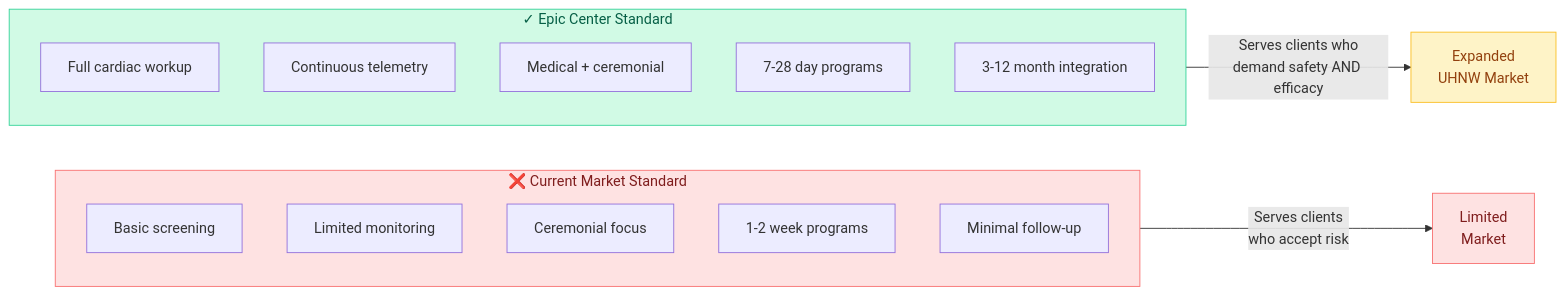
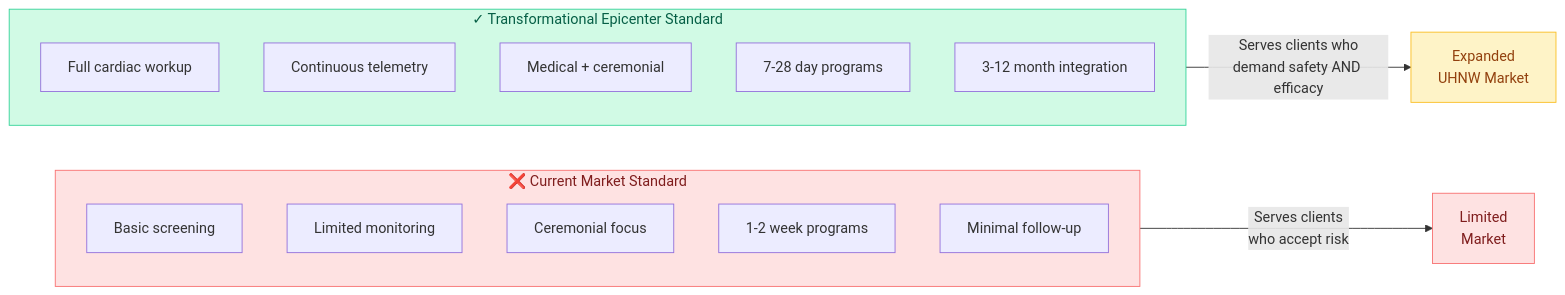
The tenth of 18 diagrams in docs/strategy/MARKET_STRATEGY_PLAN.md (Light-Brands/epic-center), drawn with Mermaid before and after one commit. The commit also changed other lines of this file and 1 other file, not shown here.

First line of the commit message:
refactor: Rename Epic Center to Transformational Epicenter

````diff
--- a/docs/strategy/MARKET_STRATEGY_PLAN.md
+++ b/docs/strategy/MARKET_STRATEGY_PLAN.md
@@ -344,28 +344,28 @@
 ```mermaid
 flowchart LR
     subgraph CURRENT["❌ Current Market Standard"]
         direction TB
         C1["Basic screening"]
         C2["Limited monitoring"]
         C3["Ceremonial focus"]
         C4["1-2 week programs"]
         C5["Minimal follow-up"]
     end
 
-    subgraph NEW["✓ Epic Center Standard"]
+    subgraph NEW["✓ Transformational Epicenter Standard"]
         direction TB
         N1["Full cardiac workup"]
         N2["Continuous telemetry"]
         N3["Medical + ceremonial"]
         N4["7-28 day programs"]
         N5["3-12 month integration"]
     end
 
     CURRENT -->|"Serves clients<br/>who accept risk"| R1["Limited<br/>Market"]
     NEW -->|"Serves clients who<br/>demand safety AND efficacy"| R2["Expanded<br/>UHNW Market"]
 
     style CURRENT fill:#fee2e2,stroke:#f87171,color:#7f1d1d
     style NEW fill:#d1fae5,stroke:#34d399,color:#065f46
     style R1 fill:#fee2e2,stroke:#f87171,color:#7f1d1d
     style R2 fill:#fef3c7,stroke:#fbbf24,color:#92400e
 ```
````
